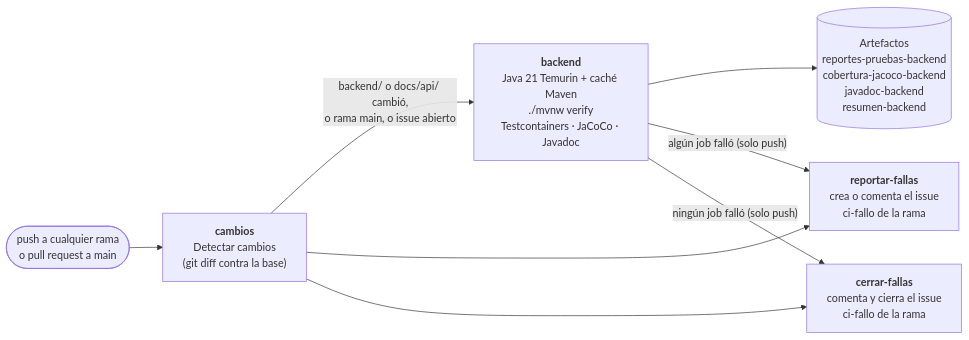
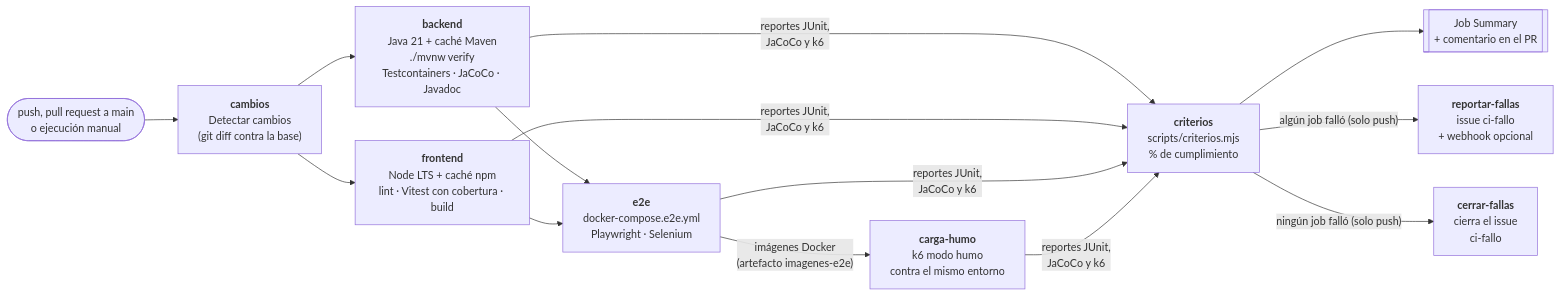
The diagram in docs/ci-cd.md (Spanishman0426/inventario-ferreteria), drawn with Mermaid before and after one commit. The commit also changed other lines of this file and 9 other files, not shown here.

First line of the commit message:
ci(github-actions): jobs de frontend, e2e, carga de humo y criterios de aceptación

````diff
--- a/docs/ci-cd.md
+++ b/docs/ci-cd.md
@@ -18,17 +20,23 @@
 ```mermaid
 flowchart LR
-  evento([push a cualquier rama<br/>o pull request a main]) --> cambios
+  evento([push, pull request a main<br/>o ejecución manual]) --> cambios
 
   cambios["<b>cambios</b><br/>Detectar cambios<br/>(git diff contra la base)"]
-  backend["<b>backend</b><br/>Java 21 Temurin + caché Maven<br/>./mvnw verify<br/>Testcontainers · JaCoCo · Javadoc"]
-  reportar["<b>reportar-fallas</b><br/>crea o comenta el issue<br/>ci-fallo de la rama"]
-  cerrar["<b>cerrar-fallas</b><br/>comenta y cierra el issue<br/>ci-fallo de la rama"]
-  artefactos[("Artefactos<br/>reportes-pruebas-backend<br/>cobertura-jacoco-backend<br/>javadoc-backend<br/>resumen-backend")]
+  backend["<b>backend</b><br/>Java 21 + caché Maven<br/>./mvnw verify<br/>Testcontainers · JaCoCo · Javadoc"]
+  frontend["<b>frontend</b><br/>Node LTS + caché npm<br/>lint · Vitest con cobertura · build"]
+  e2e["<b>e2e</b><br/>docker-compose.e2e.yml<br/>Playwright · Selenium"]
+  carga["<b>carga-humo</b><br/>k6 modo humo<br/>contra el mismo entorno"]
+  criterios["<b>criterios</b><br/>scripts/criterios.mjs<br/>% de cumplimiento"]
+  reportar["<b>reportar-fallas</b><br/>issue ci-fallo<br/>+ webhook opcional"]
+  cerrar["<b>cerrar-fallas</b><br/>cierra el issue<br/>ci-fallo"]
+  resumen[["Job Summary<br/>+ comentario en el PR"]]
 
-  cambios -- "backend/ o docs/api/ cambió,<br/>o rama main, o issue abierto" --> backend
-  backend --> artefactos
-  cambios --> reportar
-  backend -- "algún job falló (solo push)" --> reportar
-  cambios --> cerrar
-  backend -- "ningún job falló (solo push)" --> cerrar
+  cambios --> backend & frontend
+  backend --> e2e
+  frontend --> e2e
+  e2e -- "imágenes Docker<br/>(artefacto imagenes-e2e)" --> carga
+  backend & frontend & e2e & carga -- "reportes JUnit,<br/>JaCoCo y k6" --> criterios
+  criterios --> resumen
+  criterios -- "algún job falló (solo push)" --> reportar
+  criterios -- "ningún job falló (solo push)" --> cerrar
 ```
````
